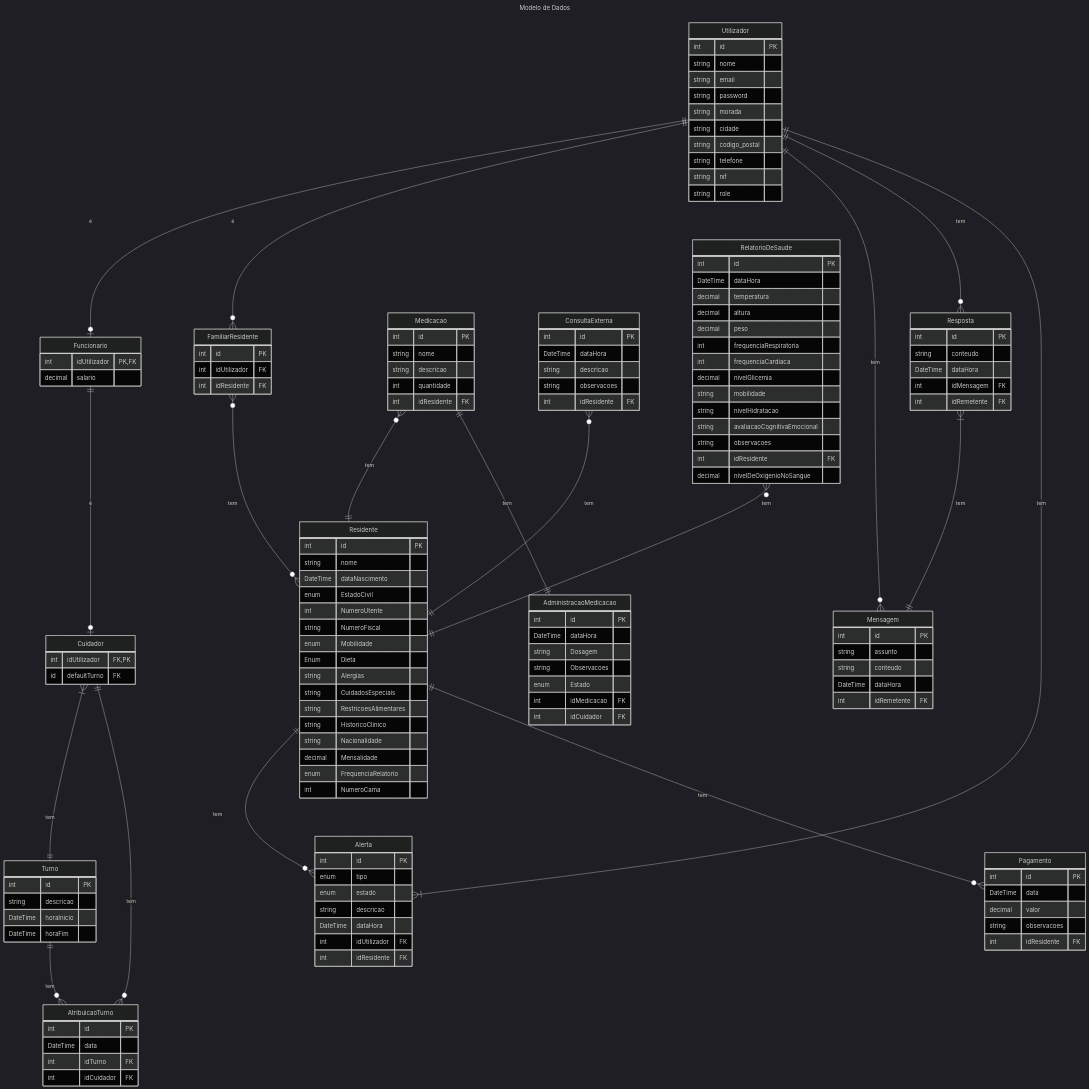
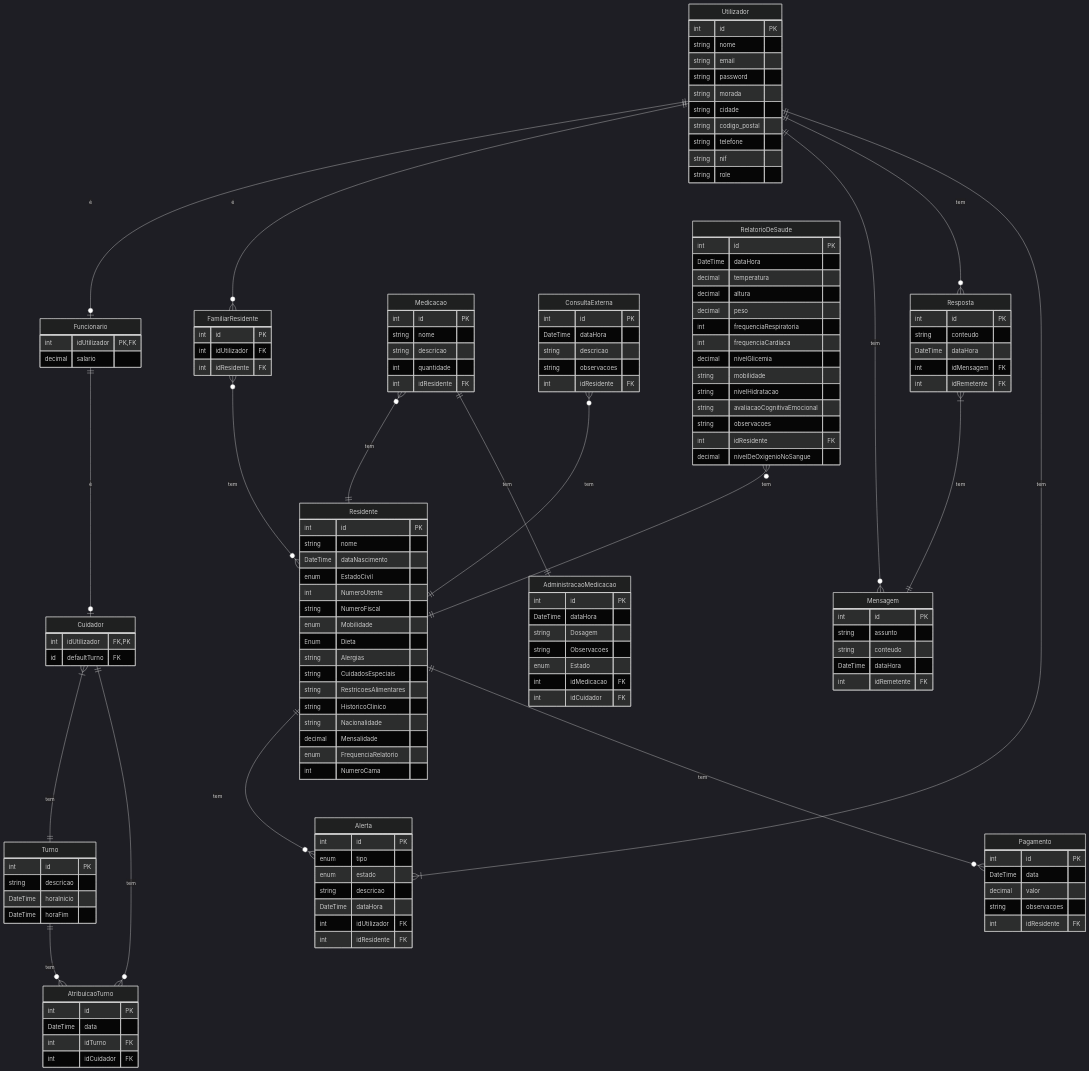
Before and after one commit to Pedro-RD/final-docs: the diagram in ModeloDados.md, drawn with Mermaid (dark theme). The commit also changed 53 other files, not shown here.

````diff
--- a/ModeloDados.md
+++ b/ModeloDados.md
@@ -3,8 +3,4 @@
 ```mermaid
----
-title: Modelo de Dados
----
-
 erDiagram
     Utilizador {
         int id PK
````
